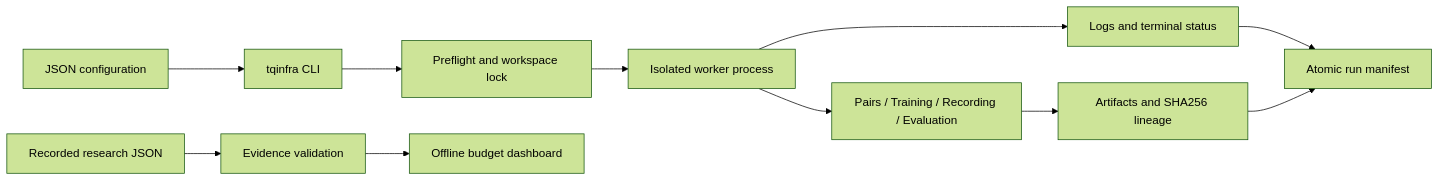
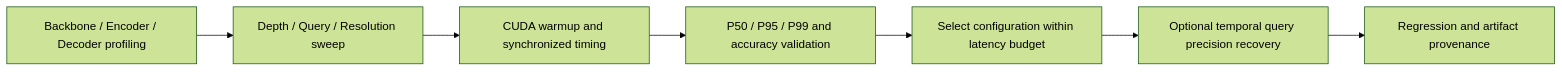
One commit to bmn2nppyn9-cmd/RT-DETR-Temporal-Query-Research changed the diagram in README.md. Above: the diagram before and after it, drawn with Mermaid (forest theme). The commit also changed other lines of this file and 1 other file, not shown here.

Commit message:
Position project around NVIDIA GPU inference optimization and measured latency tradeoffs

````diff
--- a/README.md
+++ b/README.md
@@ -40,13 +31,9 @@
 ```mermaid
 flowchart LR
-  C[JSON configuration] --> CLI[tqinfra CLI]
-  CLI --> P[Preflight and workspace lock]
-  P --> W[Isolated worker process]
-  W --> D[Pairs / Training / Recording / Evaluation]
-  W --> L[Logs and terminal status]
-  D --> A[Artifacts and SHA256 lineage]
-  L --> M[Atomic run manifest]
-  A --> M
-  J[Recorded research JSON] --> V[Evidence validation]
-  V --> R[Offline budget dashboard]
+  A[Backbone / Encoder / Decoder profiling] --> B[Depth / Query / Resolution sweep]
+  B --> C[CUDA warmup and synchronized timing]
+  C --> D[P50 / P95 / P99 and accuracy validation]
+  D --> E[Select configuration within latency budget]
+  E --> F[Optional temporal query precision recovery]
+  F --> G[Regression and artifact provenance]
 ```
````
